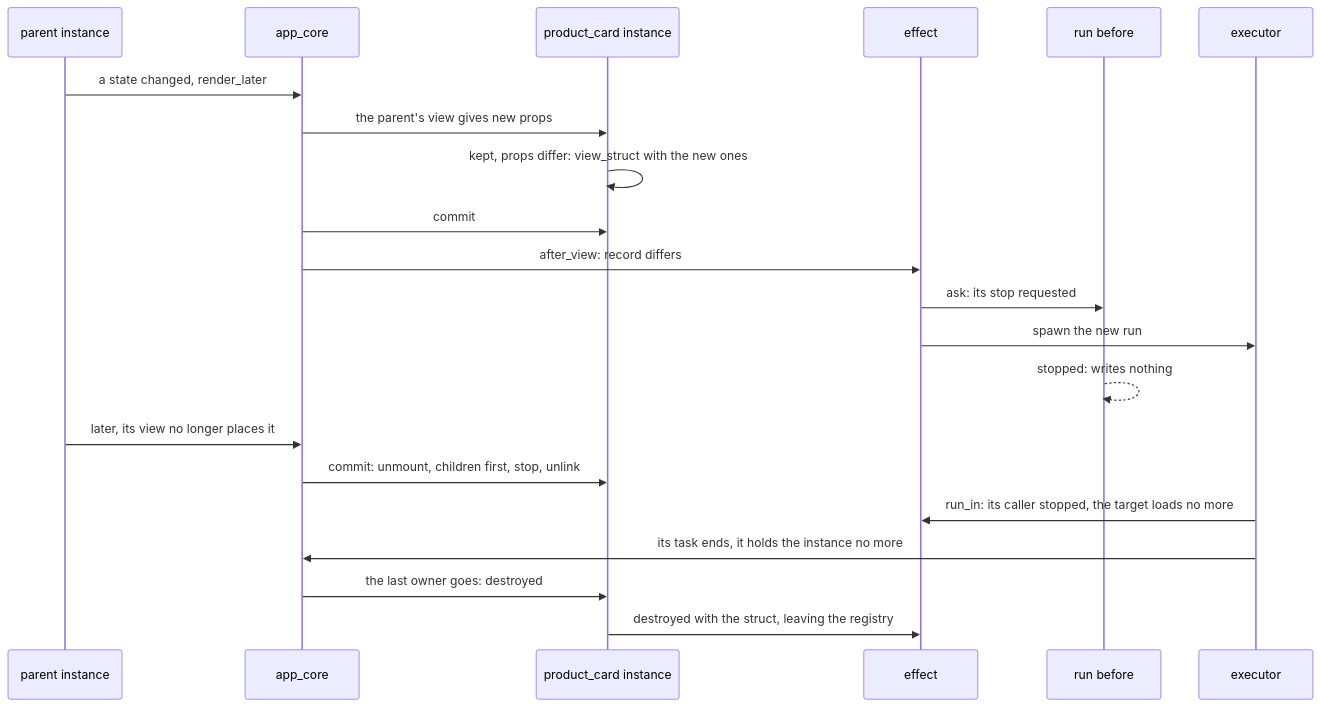
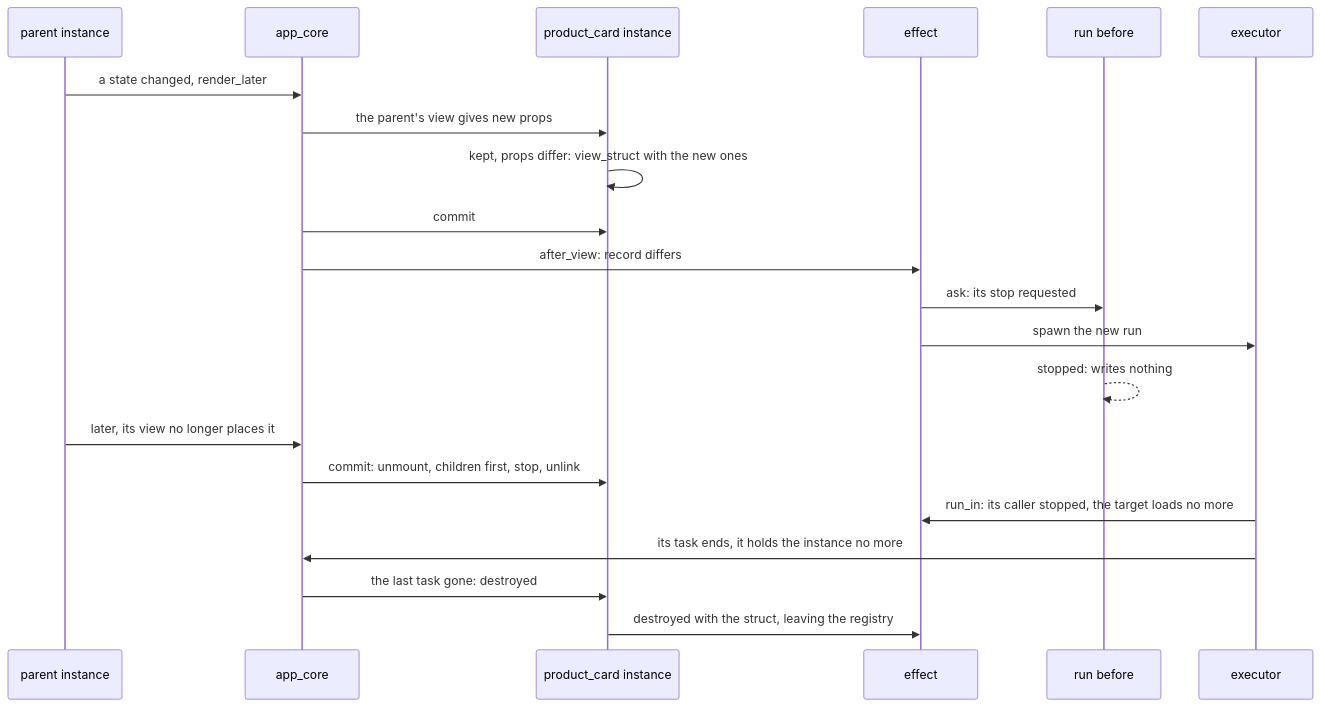
One commit to 4thlabs/quoll changed the third of 3 diagrams in docs/ui-lifecycle.md. Above: the diagram before and after it, drawn with Mermaid. The commit also changed other lines of this file and 1 other file, not shown here.

````diff
--- a/docs/ui-lifecycle.md
+++ b/docs/ui-lifecycle.md
@@ -109,23 +119,23 @@
 ```mermaid
 sequenceDiagram
     participant Parent as parent instance
     participant Core as app_core
     participant Inst as product_card instance
     participant Load as effect
     participant Before as run before
     participant Exec as executor
     Parent->>Core: a state changed, render_later
     Core->>Inst: the parent's view gives new props
     Inst->>Inst: kept, props differ: view_struct with the new ones
     Core->>Inst: commit
     Core->>Load: after_view: record differs
     Load->>Before: ask: its stop requested
     Load->>Exec: spawn the new run
     Before-->>Before: stopped: writes nothing
     Parent->>Core: later, its view no longer places it
     Core->>Inst: commit: unmount, children first, stop, unlink
     Exec->>Load: run_in: its caller stopped, the target loads no more
     Exec->>Core: its task ends, it holds the instance no more
-    Core->>Inst: the last owner goes: destroyed
+    Core->>Inst: the last task gone: destroyed
     Inst->>Load: destroyed with the struct, leaving the registry
 ```
````
